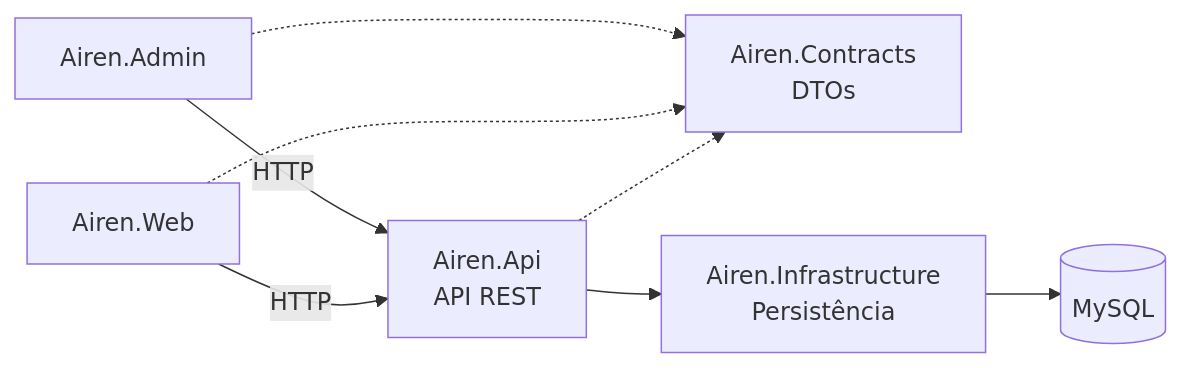
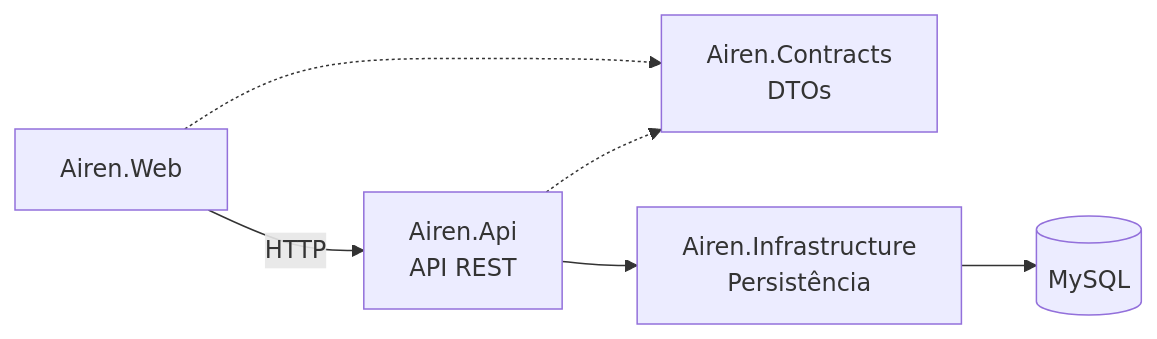
The diagram in README.md (diegotassodev/airen-core), drawn with Mermaid before and after one commit. The commit also changed other lines of this file, not shown here.

````diff
--- a/README.md
+++ b/README.md
@@ -9,16 +9,13 @@
 ```mermaid
 flowchart LR
-    Admin[Airen.Admin]
     Web[Airen.Web]
     Contracts[Airen.Contracts<br/>DTOs]
     API[Airen.Api<br/>API REST]
     Infra[Airen.Infrastructure<br/>Persistência]
     DB[(MySQL)]
 
-    Admin -->|HTTP| API
     Web -->|HTTP| API
-    Admin -.-> Contracts
     Web -.-> Contracts
     API -.-> Contracts
     API --> Infra --> DB
 ```
````
